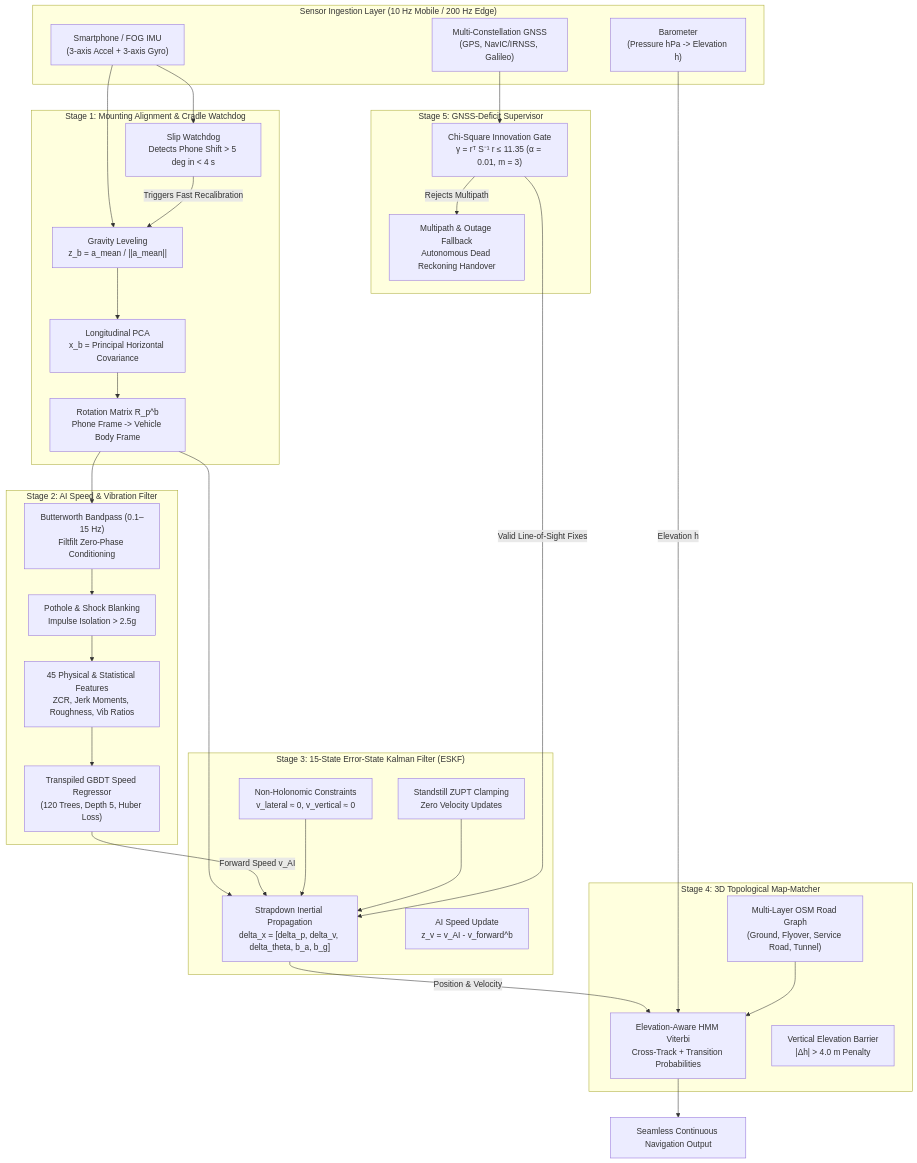
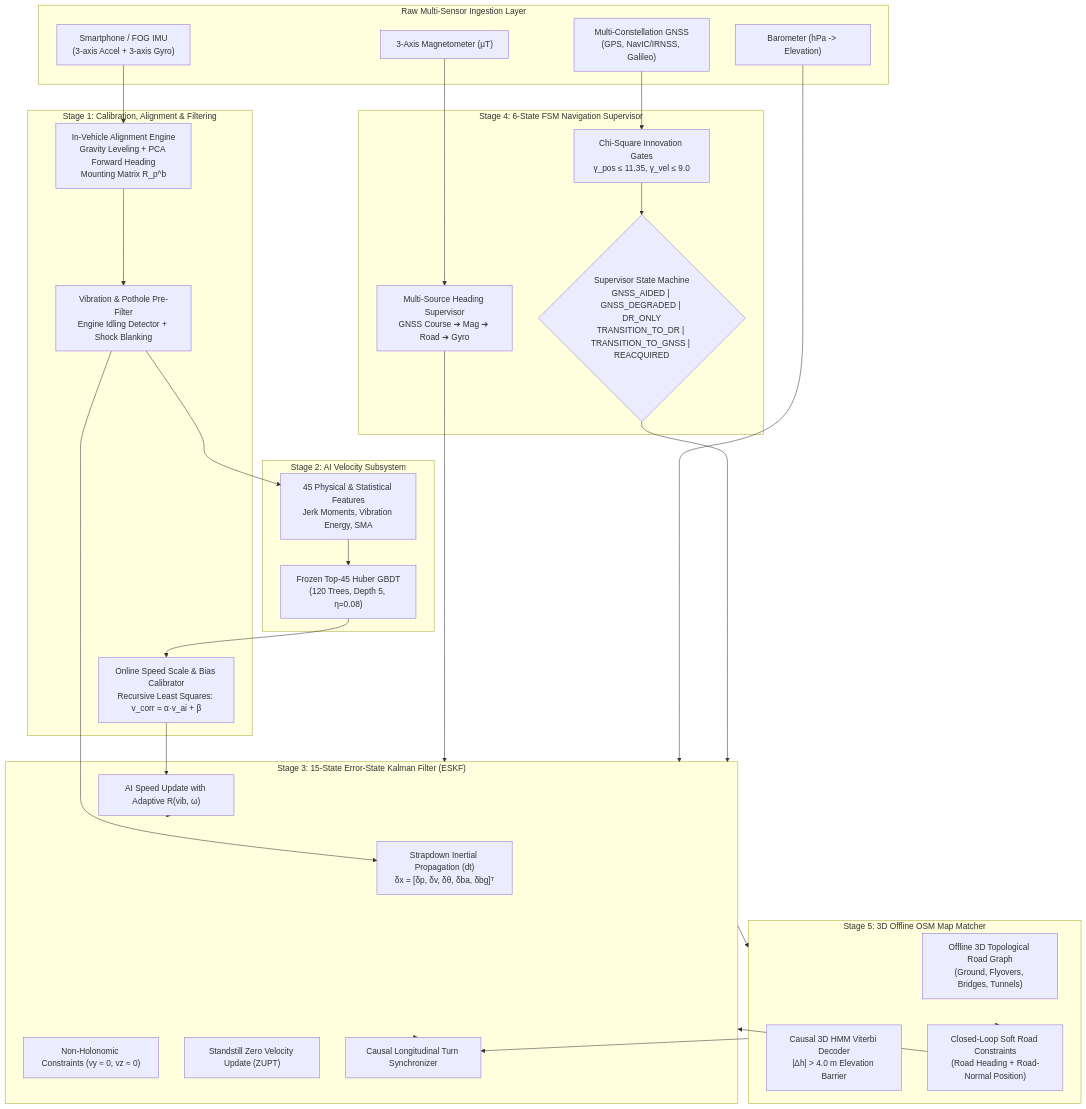
One commit to akashmishra1910/DEAD-RECKONING- changed the diagram in README.md. Above: the diagram before and after it, drawn with Mermaid. The commit also changed other lines of this file, not shown here.

Commit message:
docs: update comprehensive README.md covering Phase 0 to Phase 8

````diff
--- a/README.md
+++ b/README.md
@@ -59,54 +55,48 @@
 ```mermaid
-graph TD
-    subgraph INGESTION ["Sensor Ingestion Layer (10 Hz Mobile / 200 Hz Edge)"]
+flowchart TD
+    subgraph SENSORS ["Raw Multi-Sensor Ingestion Layer"]
         IMU["Smartphone / FOG IMU<br/>(3-axis Accel + 3-axis Gyro)"]
-        BARO["Barometer<br/>(Pressure hPa -> Elevation h)"]
+        MAG["3-Axis Magnetometer (μT)"]
+        BARO["Barometer (hPa -> Elevation)"]
         GNSS["Multi-Constellation GNSS<br/>(GPS, NavIC/IRNSS, Galileo)"]
     end
 
-    subgraph STAGE1 ["Stage 1: Mounting Alignment & Cradle Watchdog"]
-        GRAV["Gravity Leveling<br/>z_b = a_mean / ||a_mean||"]
-        PCA["Longitudinal PCA<br/>x_b = Principal Horizontal Covariance"]
-        ROT["Rotation Matrix R_p^b<br/>Phone Frame -> Vehicle Body Frame"]
-        WATCH["Slip Watchdog<br/>Detects Phone Shift > 5 deg in < 4 s"]
+    subgraph PREPROC ["Stage 1: Calibration, Alignment & Filtering"]
+        ALIGN["In-Vehicle Alignment Engine<br/>Gravity Leveling + PCA Forward Heading<br/>Mounting Matrix R_p^b"]
+        VIB["Vibration & Pothole Pre-Filter<br/>Engine Idling Detector + Shock Blanking"]
+        CALIB["Online Speed Scale & Bias Calibrator<br/>Recursive Least Squares: v_corr = α·v_ai + β"]
     end
 
-    subgraph STAGE2 ["Stage 2: AI Speed & Vibration Filter"]
-        PRE["Butterworth Bandpass (0.1–15 Hz)<br/>Filtfilt Zero-Phase Conditioning"]
-        BLANK["Pothole & Shock Blanking<br/>Impulse Isolation > 2.5g"]
-        FEAT["45 Physical & Statistical Features<br/>ZCR, Jerk Moments, Roughness, Vib Ratios"]
-        GBDT["Transpiled GBDT Speed Regressor<br/>(120 Trees, Depth 5, Huber Loss)"]
+    subgraph AI_CORE ["Stage 2: AI Velocity Subsystem"]
+        FEAT["45 Physical & Statistical Features<br/>Jerk Moments, Vibration Energy, SMA"]
+        GBDT["Frozen Top-45 Huber GBDT<br/>(120 Trees, Depth 5, η=0.08)"]
     end
 
-    subgraph STAGE3 ["Stage 3: 15-State Error-State Kalman Filter (ESKF)"]
-        PROP["Strapdown Inertial Propagation<br/>delta_x = [delta_p, delta_v, delta_theta, b_a, b_g]"]
-        V_UPD["AI Speed Update<br/>z_v = v_AI - v_forward^b"]
-        NHC["Non-Holonomic Constraints<br/>v_lateral ≈ 0, v_vertical ≈ 0"]
-        ZUPT["Standstill ZUPT Clamping<br/>Zero Velocity Updates"]
+    subgraph FUSION ["Stage 3: 15-State Error-State Kalman Filter (ESKF)"]
+        PROP["Strapdown Inertial Propagation (dt)<br/>δx = [δp, δv, δθ, δba, δbg]ᵀ"]
+        AI_UPD["AI Speed Update with Adaptive R(vib, ω)"]
+        NHC_UPD["Non-Holonomic Constraints (vy ≈ 0, vz ≈ 0)"]
+        ZUPT_UPD["Standstill Zero Velocity Update (ZUPT)"]
+        LONG_UPD["Causal Longitudinal Turn Synchronizer"]
     end
 
-    subgraph STAGE4 ["Stage 4: 3D Topological Map-Matcher"]
-        OSM["Multi-Layer OSM Road Graph<br/>(Ground, Flyover, Service Road, Tunnel)"]
-        HMM["Elevation-Aware HMM Viterbi<br/>Cross-Track + Transition Probabilities"]
-        BARRIER["Vertical Elevation Barrier<br/>|Δh| > 4.0 m Penalty"]
+    subgraph SUPERVISOR ["Stage 4: 6-State FSM Navigation Supervisor"]
+        FSM{"Supervisor State Machine<br/>GNSS_AIDED | GNSS_DEGRADED | DR_ONLY<br/>TRANSITION_TO_DR | TRANSITION_TO_GNSS | REACQUIRED"}
+        HDG_SUP["Multi-Source Heading Supervisor<br/>GNSS Course ➔ Mag ➔ Road ➔ Gyro"]
+        CHI2["Chi-Square Innovation Gates<br/>γ_pos ≤ 11.35, γ_vel ≤ 9.0"]
     end
 
-    subgraph STAGE5 ["Stage 5: GNSS-Deficit Supervisor"]
-        GATE["Chi-Square Innovation Gate<br/>γ = rᵀ S⁻¹ r ≤ 11.35 (α = 0.01, m = 3)"]
-        OUTAGE["Multipath & Outage Fallback<br/>Autonomous Dead Reckoning Handover"]
+    subgraph MAP_MATCH ["Stage 5: 3D Offline OSM Map Matcher"]
+        GRAPH["Offline 3D Topological Road Graph<br/>(Ground, Flyovers, Bridges, Tunnels)"]
+        HMM["Causal 3D HMM Viterbi Decoder<br/>|Δh| > 4.0 m Elevation Barrier"]
+        CONSTR["Closed-Loop Soft Road Constraints<br/>(Road Heading + Road-Normal Position)"]
     end
 
-    IMU --> GRAV --> PCA --> ROT
-    IMU --> WATCH -->|Triggers Fast Recalibration| GRAV
-    ROT --> PRE --> BLANK --> FEAT --> GBDT
-    ROT --> PROP
-    GBDT -->|Forward Speed v_AI| PROP
-    NHC --> PROP
-    ZUPT --> PROP
-    PROP -->|Position & Velocity| HMM
-    BARO -->|Elevation h| HMM
-    OSM --> HMM
-    GNSS --> GATE -->|Valid Line-of-Sight Fixes| PROP
-    GATE -->|Rejects Multipath| OUTAGE
-    HMM --> OUT["Seamless Continuous Navigation Output"]
+    IMU --> ALIGN --> VIB --> PROP
+    VIB --> FEAT --> GBDT --> CALIB --> AI_UPD --> FUSION
+    MAG --> HDG_SUP --> FUSION
+    BARO --> FUSION
+    GNSS --> CHI2 --> FSM --> FUSION
+    FUSION --> MAP_MATCH --> CONSTR --> FUSION
+    MAP_MATCH --> LONG_UPD --> FUSION
 ```
````
